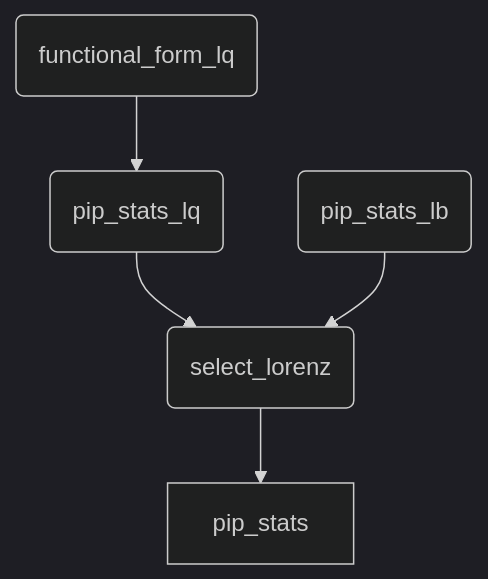
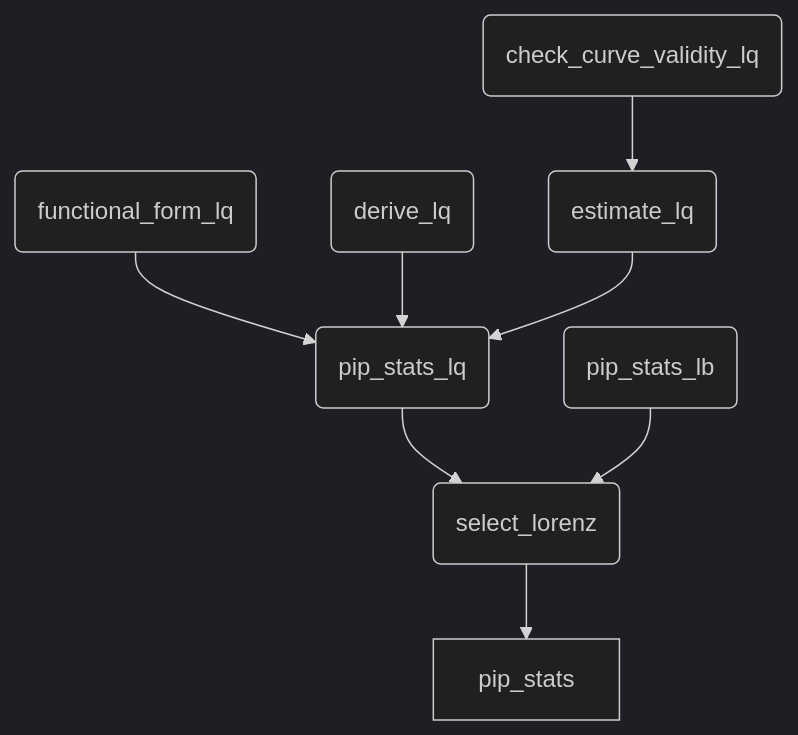
Before and after one commit to dana89co/pip_utilities: the diagram in wbpip_gd_doc.qmd, drawn with Mermaid (dark theme). The commit also changed other lines of this file and 4 other files, not shown here.

Commit message:
Until check_validity

````diff
--- a/wbpip_gd_doc.qmd
+++ b/wbpip_gd_doc.qmd
@@ -20,8 +18,11 @@
 ```{mermaid}
 flowchart TD
     lz(select_lorenz) --> stats[pip_stats]
     lq(pip_stats_lq) --> lz
     lb(pip_stats_lb) --> lz  
     form_lq(functional_form_lq) --> lq
+    derive_lq(derive_lq) --> lq
+    est_lq(estimate_lq) --> lq
+    check_val(check_curve_validity_lq) --> est_lq
 
 ```
````
